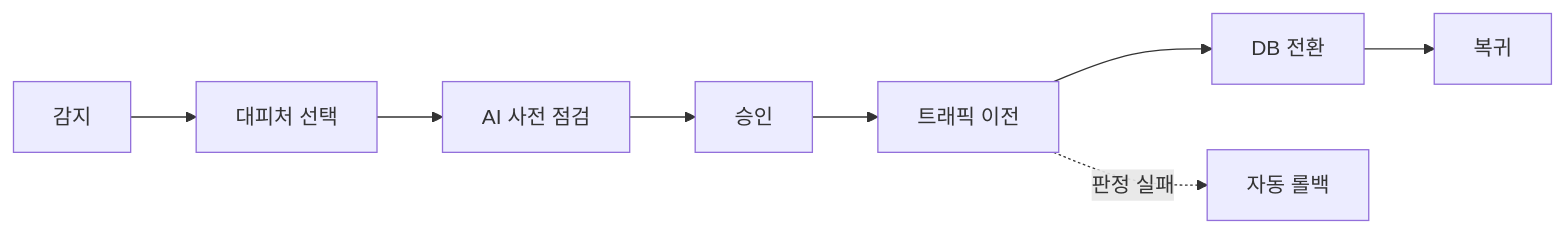
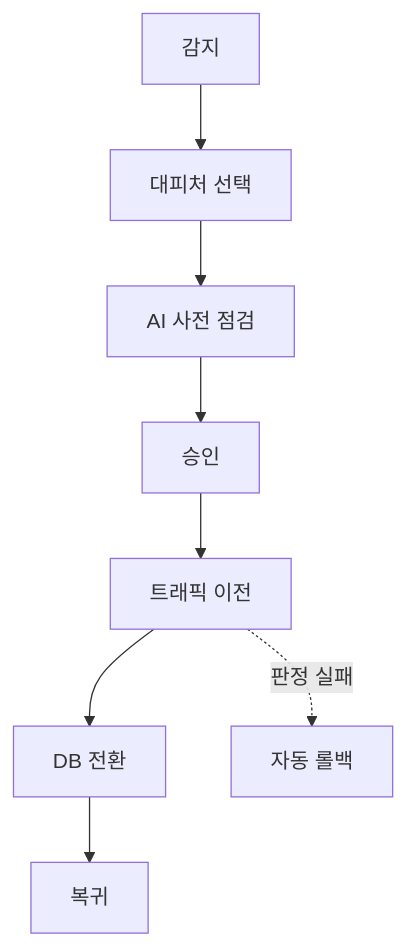
The second of 2 diagrams in profile/README.md (Softbank-Hackathon-2026-Team-Echo/.github), drawn with Mermaid before and after one commit. The commit also changed other lines of this file, not shown here.

Commit message:
docs: 조직 소개를 시스템 아키텍처 중심으로 다시 쓰기

````diff
--- a/profile/README.md
+++ b/profile/README.md
@@ -496,5 +496,5 @@
 ```mermaid
-flowchart LR
+flowchart TB
   A[감지] --> B[대피처 선택] --> C[AI 사전 점검] --> D[승인] --> E[트래픽 이전] --> F[DB 전환] --> G[복귀]
   E -. 판정 실패 .-> H[자동 롤백]
 ```
````
